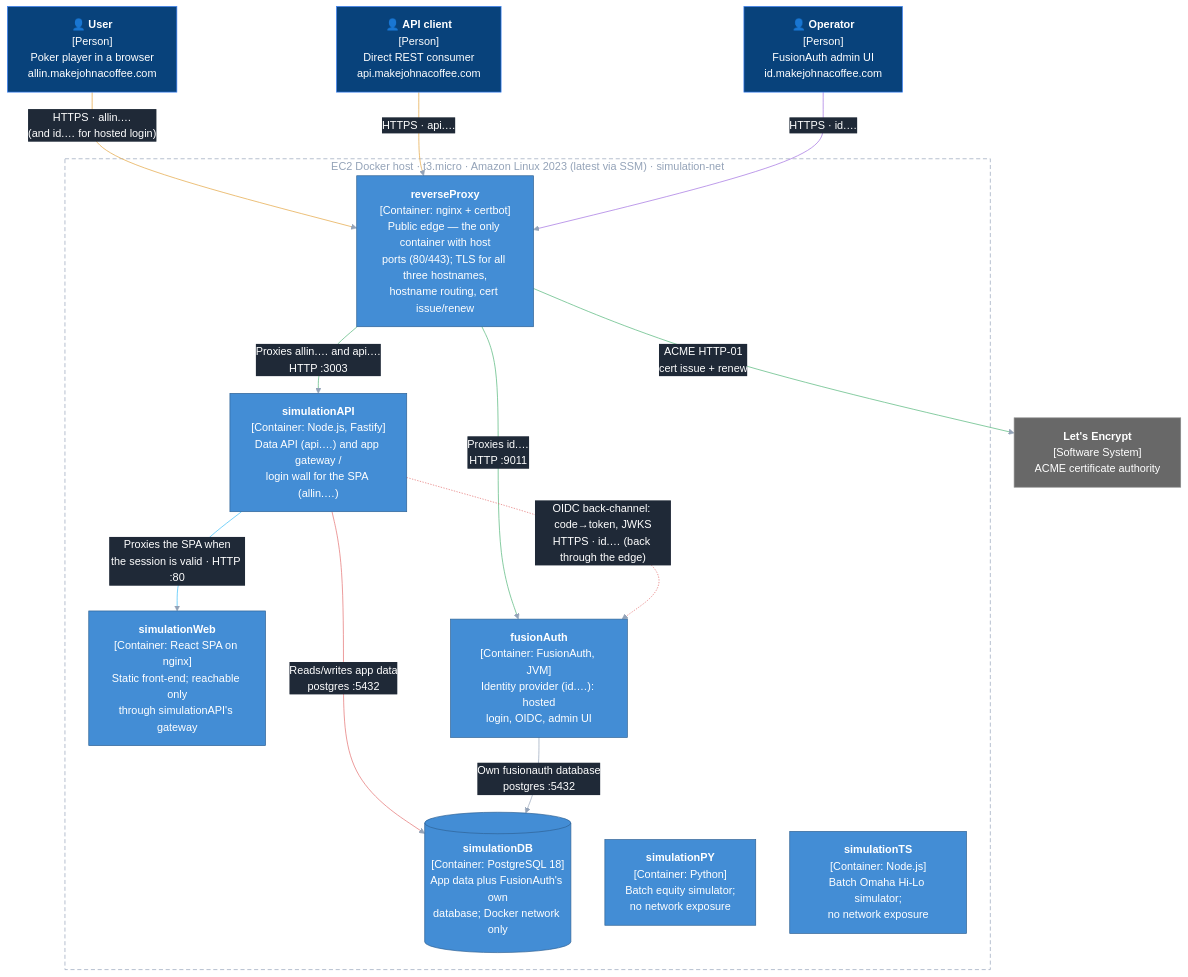
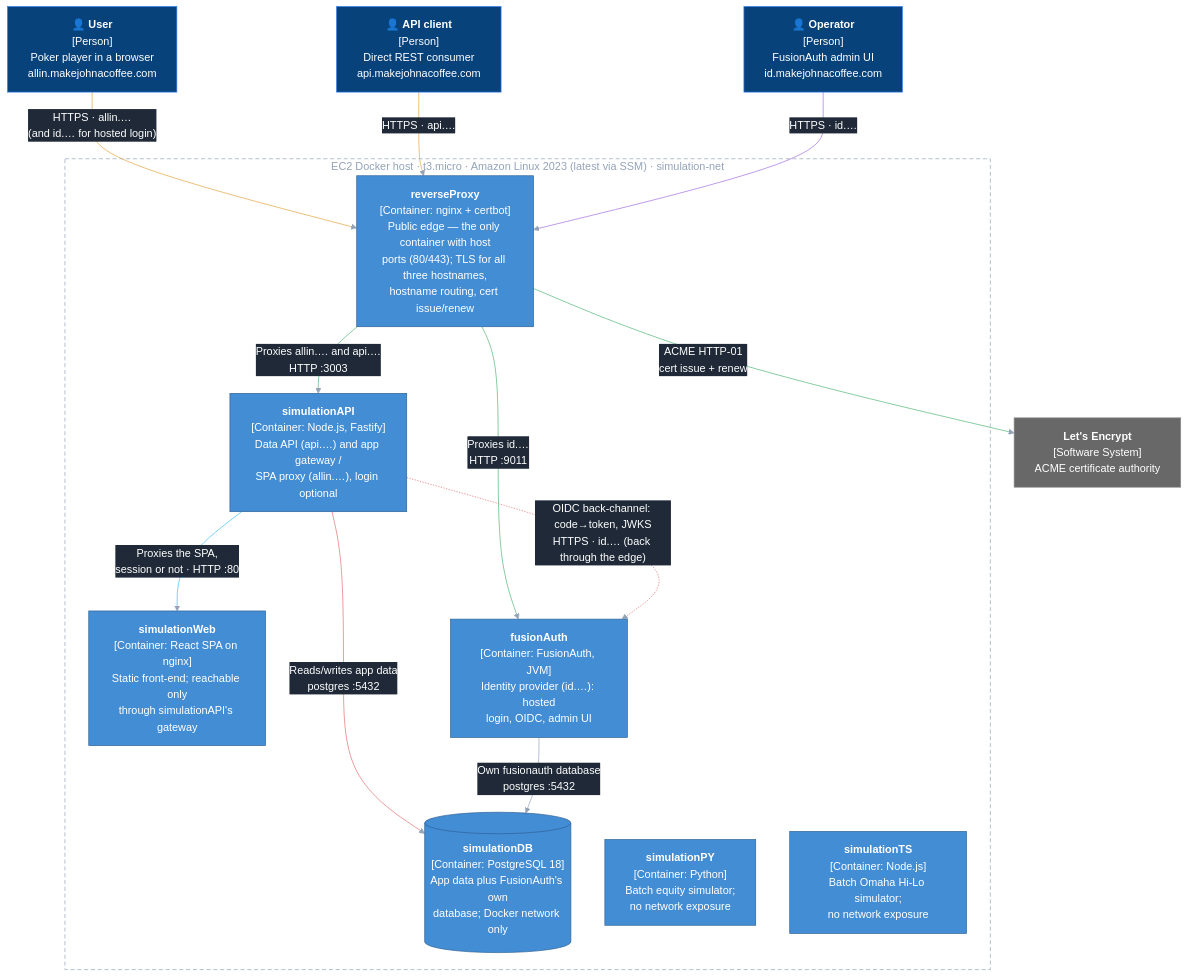
Before and after one commit to jbframe/big-equity: the diagram in README.md, drawn with Mermaid. The commit also changed other lines of this file and 14 other files, not shown here.

First line of the commit message:
Make login optional; persist to DB only when signed in

````diff
--- a/README.md
+++ b/README.md
@@ -53,44 +53,44 @@
 ```mermaid
 %%{init: {'themeVariables': {'edgeLabelBackground': '#1f2937'}}}%%
 graph TB
     User["👤 <b>User</b><br/>[Person]<br/>Poker player in a browser<br/>allin.makejohnacoffee.com"]
     APIClient["👤 <b>API client</b><br/>[Person]<br/>Direct REST consumer<br/>api.makejohnacoffee.com"]
     Operator["👤 <b>Operator</b><br/>[Person]<br/>FusionAuth admin UI<br/>id.makejohnacoffee.com"]
     LE["<b>Let's Encrypt</b><br/>[Software System]<br/>ACME certificate authority"]
 
     subgraph EC2["EC2 Docker host · t3.micro · Amazon Linux 2023 (latest via SSM) · simulation-net"]
         Proxy["<b>reverseProxy</b><br/>[Container: nginx + certbot]<br/>Public edge — the only container with host<br/>ports (80/443); TLS for all three hostnames,<br/>hostname routing, cert issue/renew"]
-        API["<b>simulationAPI</b><br/>[Container: Node.js, Fastify]<br/>Data API (api.…) and app gateway /<br/>login wall for the SPA (allin.…)"]
+        API["<b>simulationAPI</b><br/>[Container: Node.js, Fastify]<br/>Data API (api.…) and app gateway /<br/>SPA proxy (allin.…), login optional"]
         Web["<b>simulationWeb</b><br/>[Container: React SPA on nginx]<br/>Static front-end; reachable only<br/>through simulationAPI's gateway"]
         Auth["<b>fusionAuth</b><br/>[Container: FusionAuth, JVM]<br/>Identity provider (id.…): hosted<br/>login, OIDC, admin UI"]
         DB[("<b>simulationDB</b><br/>[Container: PostgreSQL 18]<br/>App data plus FusionAuth's own<br/>database; Docker network only")]
         PY["<b>simulationPY</b><br/>[Container: Python]<br/>Batch equity simulator;<br/>no network exposure"]
         TS["<b>simulationTS</b><br/>[Container: Node.js]<br/>Batch Omaha Hi-Lo simulator;<br/>no network exposure"]
     end
 
     User -- "HTTPS · allin.…<br/>(and id.… for hosted login)" --> Proxy
     APIClient -- "HTTPS · api.…" --> Proxy
     Operator -- "HTTPS · id.…" --> Proxy
     Proxy -- "ACME HTTP-01<br/>cert issue + renew" --> LE
     Proxy -- "Proxies allin.… and api.…<br/>HTTP :3003" --> API
     Proxy -- "Proxies id.…<br/>HTTP :9011" --> Auth
-    API -- "Proxies the SPA when<br/>the session is valid · HTTP :80" --> Web
+    API -- "Proxies the SPA,<br/>session or not · HTTP :80" --> Web
     API -. "OIDC back-channel: code→token, JWKS<br/>HTTPS · id.… (back through the edge)" .-> Auth
     API -- "Reads/writes app data<br/>postgres :5432" --> DB
     Auth -- "Own fusionauth database<br/>postgres :5432" --> DB
 
     classDef person fill:#08427b,stroke:#3b82f6,color:#ffffff
     classDef container fill:#438dd5,stroke:#2e6295,color:#ffffff
     classDef external fill:#686868,stroke:#8a8a8a,color:#ffffff
     class User,APIClient,Operator person
     class Proxy,API,Web,Auth,DB,PY,TS container
     class LE external
     style EC2 fill:transparent,stroke:#94a3b8,stroke-dasharray:6 4,color:#94a3b8
 
     linkStyle default stroke:#94a3b8,color:#ffffff
     linkStyle 0,1 stroke:#e4a33c
     linkStyle 2 stroke:#a06ee0
     linkStyle 3,4,5 stroke:#4fb477
     linkStyle 6 stroke:#38bdf8
     linkStyle 7,8 stroke:#e46e6e
 ```
````
